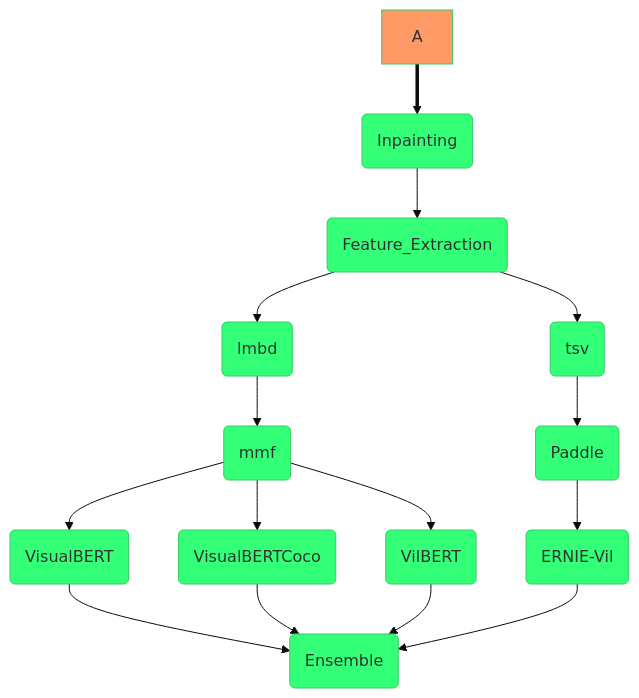
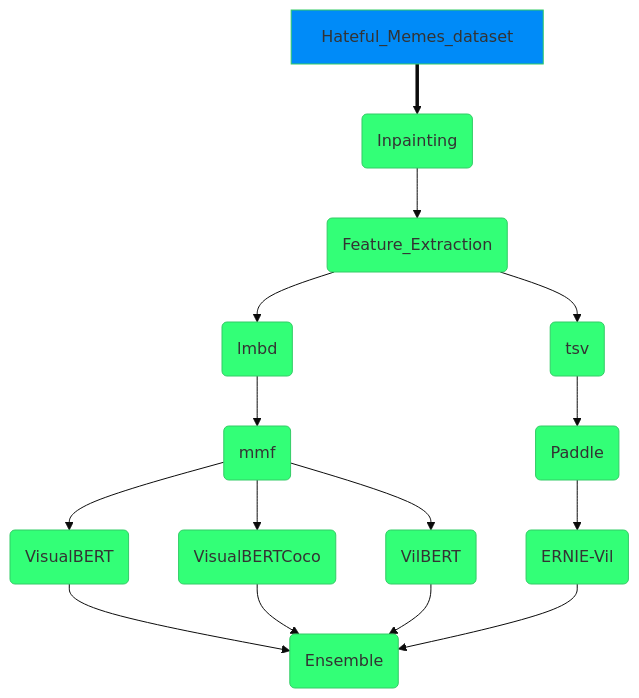
Before and after one commit to JanLeyva/approach_TFM: the diagram in README.md, drawn with Mermaid.

````diff
--- a/README.md
+++ b/README.md
@@ -8,21 +8,21 @@
 ```mermaid
 %%{init: {'theme': 'base', 'themeVariables': { 'primaryColor': '#33FF77', 
 'edgeLabelBackground':'#030600', 'secondaryColor': '#050600','tertiaryColor': '#33CAFF',
 'defaultLinkColor': '#000605'}}}%%
   graph TD;
-      A:::Hateful_Memes_dataset==>B(Inpainting);
+      Hateful_Memes_dataset:::header==>B(Inpainting);
       B-->C(Feature_Extraction)
       C-->D(lmbd);
       C-->E(tsv);
       E-->F(Paddle);
       F-->G(ERNIE-Vil);
       D-->H(mmf);
       H-->I(VisualBERT);
       H-->J(VisualBERTCoco);
       H-->K(VilBERT);
       I-->L(Ensemble);
       J-->L;
       K-->L;
       G-->L;
-      classDef Hateful_Memes_dataset fill:#f96;
+      classDef header fill:#008BF8;
 ```
````
